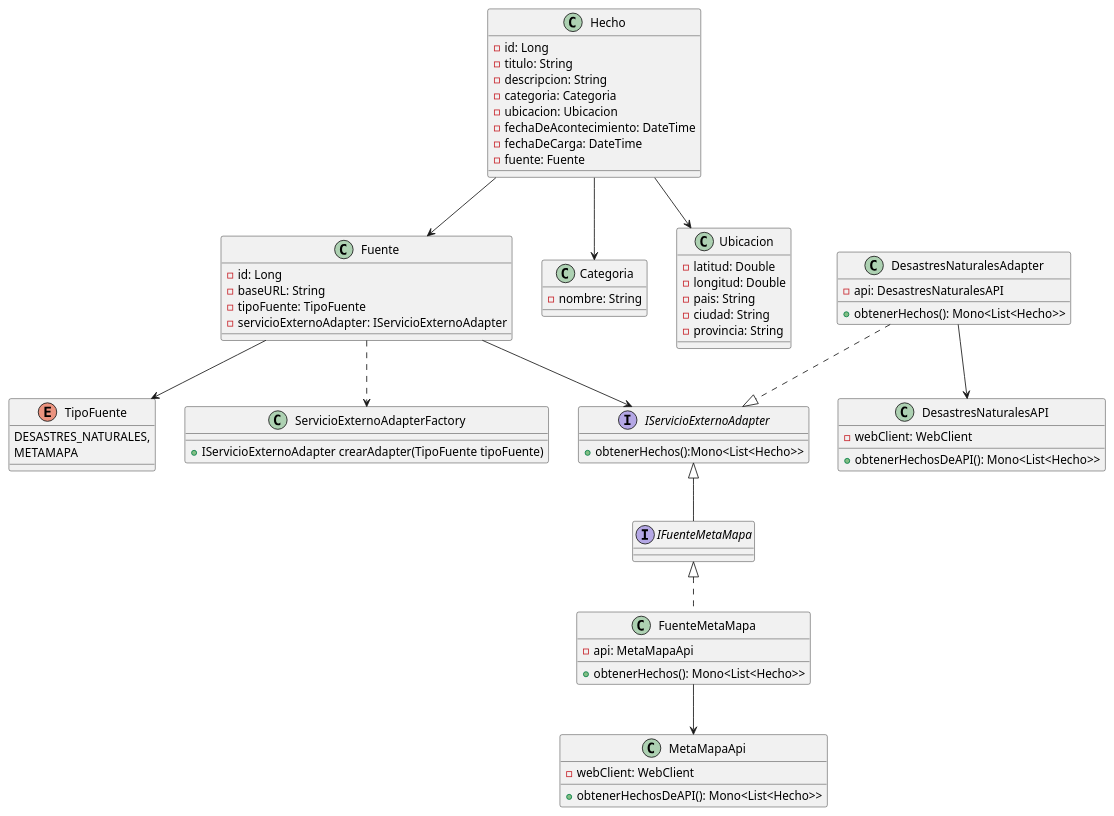
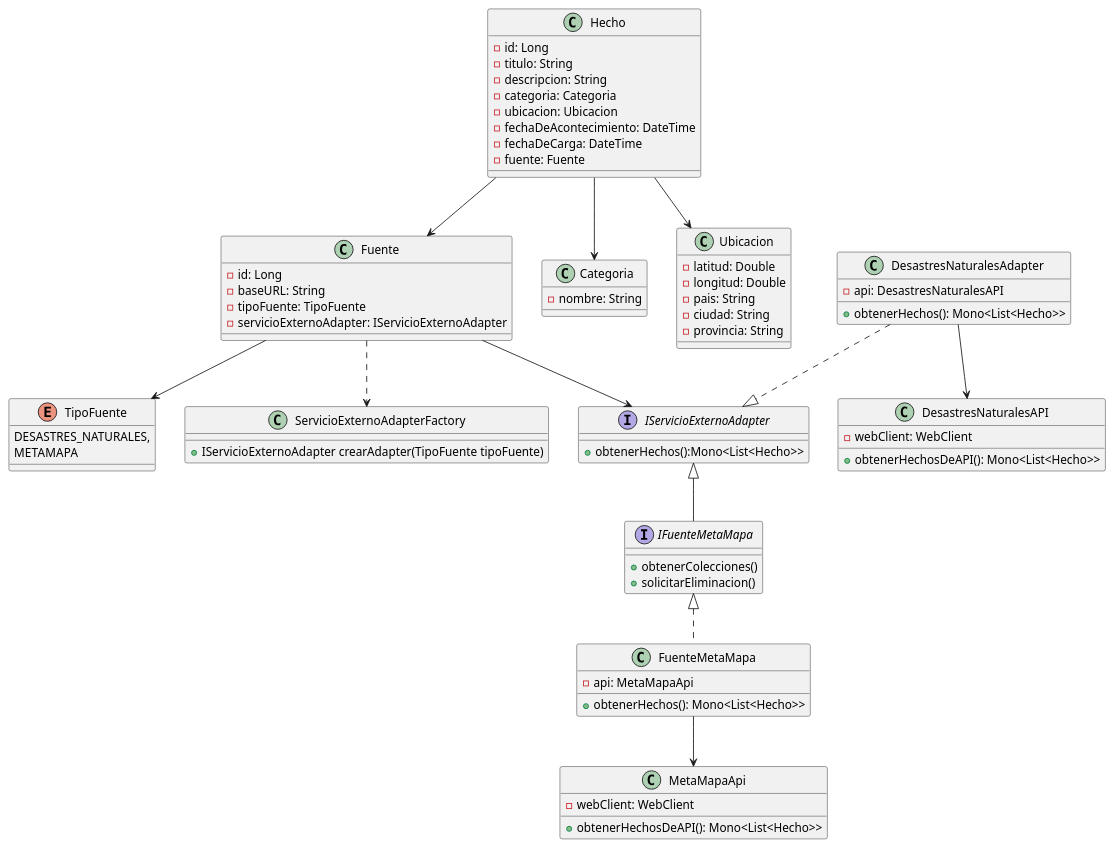
One commit to vrramiro/tpa-DDSI-2025 changed the diagram in diagrams/DiagramaClasesFuenteProxy.puml. Above: the diagram before and after it, drawn with PlantUML.

Commit message:
Diagrama Proxy

```diff
--- a/diagrams/DiagramaClasesFuenteProxy.puml
+++ b/diagrams/DiagramaClasesFuenteProxy.puml
@@ -1,90 +1,92 @@
 @startuml
 'https://plantuml.com/sequence-diagram
 '================== HECHOS ==================
 class Hecho {
     - id: Long
     - titulo: String
     - descripcion: String
     - categoria: Categoria
     - ubicacion: Ubicacion
     - fechaDeAcontecimiento: DateTime
     - fechaDeCarga: DateTime
     - fuente: Fuente
 }
 
 '================ TIPO FUENTE ================
 enum TipoFuente {
     DESASTRES_NATURALES,
     METAMAPA
 }
 
 '================ ServicioExternoAdapterFactory ================
 class ServicioExternoAdapterFactory {
     + IServicioExternoAdapter crearAdapter(TipoFuente tipoFuente)
 }
 
 '================ FUENTE ================
 class Fuente {
     - id: Long
     - baseURL: String
     -tipoFuente: TipoFuente
     - servicioExternoAdapter: IServicioExternoAdapter
 }
 '================ CATEGORIA ================
 class Categoria {
     - nombre: String
 }
 
 '================ UBICACION ================
 class Ubicacion {
     - latitud: Double
     - longitud: Double
     - pais: String
     - ciudad: String
     - provincia: String
 }
 
 '================ ADAPTADOR ================
 interface IServicioExternoAdapter {
     + obtenerHechos():Mono<List<Hecho>>
 }
 
 interface IFuenteMetaMapa{
+    + obtenerColecciones()
+    + solicitarEliminacion()
 }
 
 class DesastresNaturalesAdapter {
   - api: DesastresNaturalesAPI
   + obtenerHechos(): Mono<List<Hecho>>
 }
 
 class DesastresNaturalesAPI {
   - webClient: WebClient
   + obtenerHechosDeAPI(): Mono<List<Hecho>>
 }
 
 class FuenteMetaMapa{
   - api: MetaMapaApi
   + obtenerHechos(): Mono<List<Hecho>>
 }
 
 
 class MetaMapaApi{
   - webClient: WebClient
   + obtenerHechosDeAPI(): Mono<List<Hecho>>
 }
 
 
 '================== RELACIONES ==================
 Hecho --> Ubicacion
 Hecho --> Categoria
 Hecho --> Fuente
 
 DesastresNaturalesAdapter ..|> IServicioExternoAdapter
 DesastresNaturalesAdapter --> DesastresNaturalesAPI
 Fuente --> IServicioExternoAdapter
 IServicioExternoAdapter <|-- IFuenteMetaMapa
 IFuenteMetaMapa <|.. FuenteMetaMapa
 FuenteMetaMapa --> MetaMapaApi
 Fuente ..> ServicioExternoAdapterFactory
 Fuente --> TipoFuente
 @enduml
```
